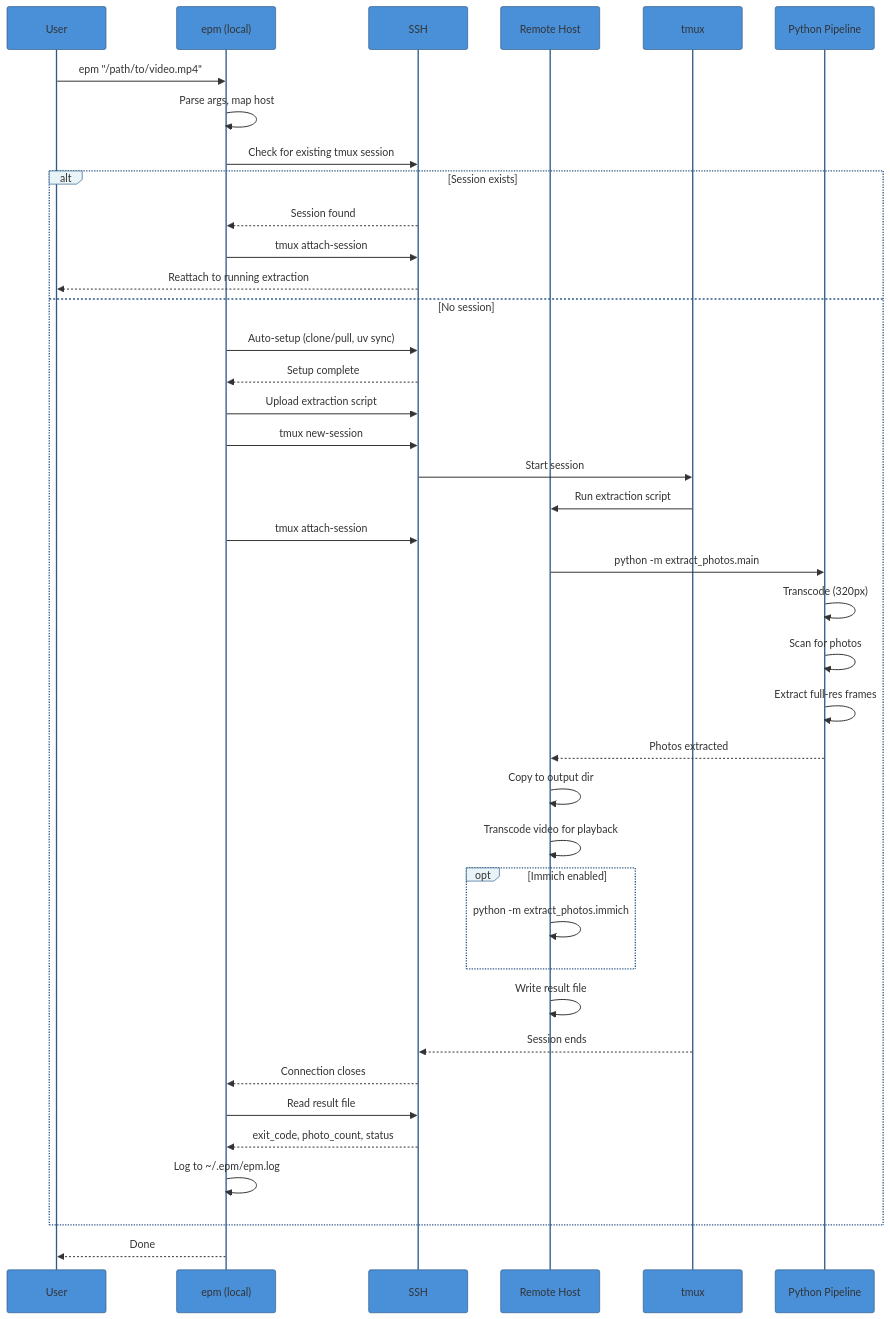
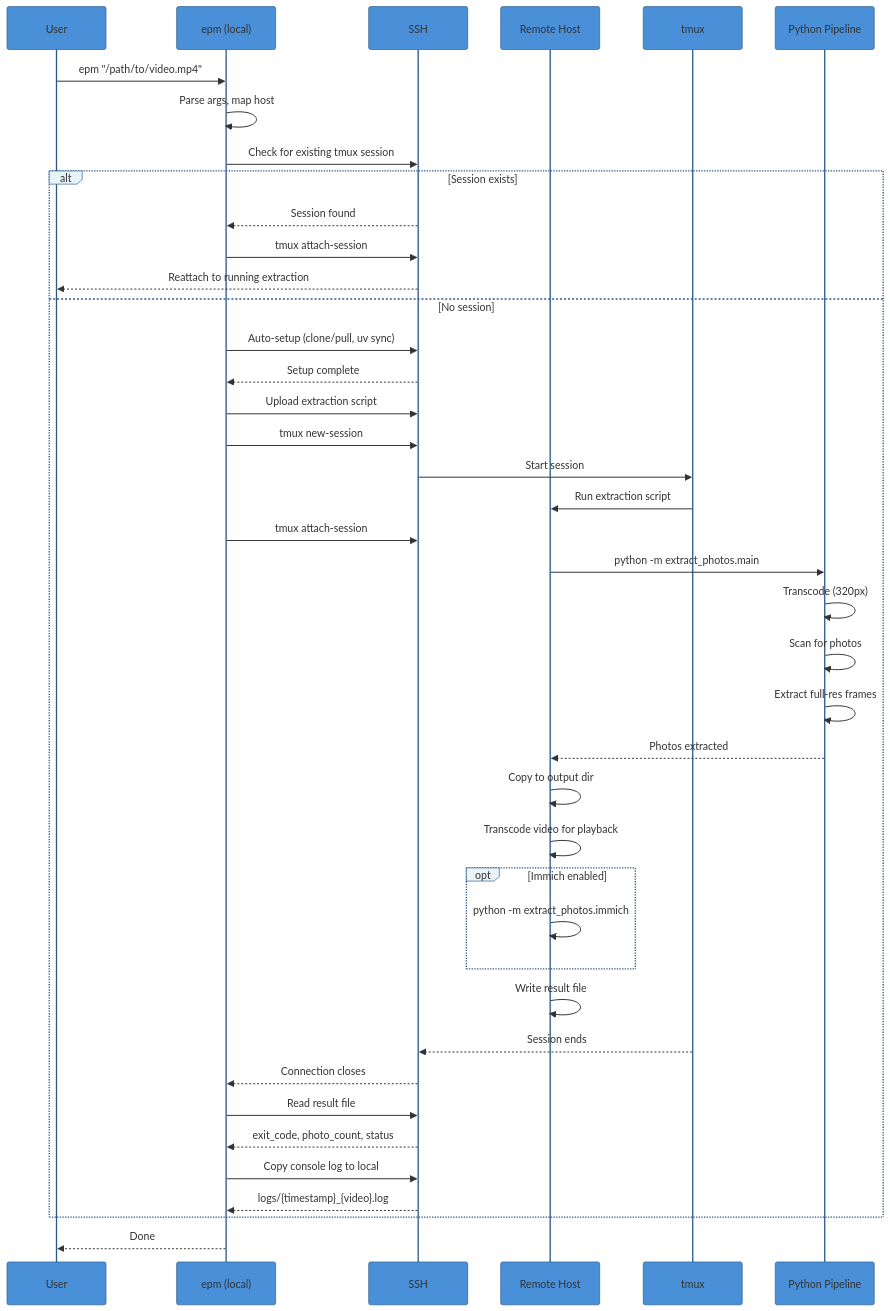
One commit to johnmathews/extract-photos-from-videos changed the diagram in docs/epm-sequence.md. Above: the diagram before and after it, drawn with Mermaid. The commit also changed 4 other files, not shown here.

First line of the commit message:
Simplify epm logging: copy console logs to local repo

````diff
--- a/docs/epm-sequence.md
+++ b/docs/epm-sequence.md
@@ -5,79 +5,80 @@
 ```mermaid
 %%{init: {
   'theme': 'base',
   'themeVariables': {
     'primaryColor': '#4a90d9',
     'primaryTextColor': '#333333',
     'secondaryColor': '#67b26f',
     'tertiaryColor': '#f5f5f5',
     'lineColor': '#333333',
     'textColor': '#333333',
     'fontSize': '14px',
     'actorTextColor': '#333333',
     'actorBkg': '#4a90d9',
     'actorBorder': '#2d5a87',
     'signalColor': '#333333',
     'signalTextColor': '#333333',
     'labelBoxBkgColor': '#e8f4f8',
     'labelTextColor': '#333333',
     'noteBkgColor': '#fff3cd',
     'noteTextColor': '#333333'
   },
   'sequence': {
     'actorFontSize': 14,
     'messageFontSize': 13,
     'noteFontSize': 12
   }
 }}%%
 sequenceDiagram
     participant User
     participant epm as epm (local)
     participant SSH
     participant Remote as Remote Host
     participant tmux
     participant Python as Python Pipeline
 
     User->>epm: epm "/path/to/video.mp4"
     epm->>epm: Parse args, map host
 
     epm->>SSH: Check for existing tmux session
 
     alt Session exists
         SSH-->>epm: Session found
         epm->>SSH: tmux attach-session
         SSH-->>User: Reattach to running extraction
     else No session
         epm->>SSH: Auto-setup (clone/pull, uv sync)
         SSH-->>epm: Setup complete
 
         epm->>SSH: Upload extraction script
         epm->>SSH: tmux new-session
         SSH->>tmux: Start session
         tmux->>Remote: Run extraction script
 
         epm->>SSH: tmux attach-session
 
         Remote->>Python: python -m extract_photos.main
         Python->>Python: Transcode (320px)
         Python->>Python: Scan for photos
         Python->>Python: Extract full-res frames
         Python-->>Remote: Photos extracted
 
         Remote->>Remote: Copy to output dir
         Remote->>Remote: Transcode video for playback
 
         opt Immich enabled
             Remote->>Remote: python -m extract_photos.immich
         end
 
         Remote->>Remote: Write result file
         tmux-->>SSH: Session ends
         SSH-->>epm: Connection closes
 
         epm->>SSH: Read result file
         SSH-->>epm: exit_code, photo_count, status
-        epm->>epm: Log to ~/.epm/epm.log
+        epm->>SSH: Copy console log to local
+        SSH-->>epm: logs/{timestamp}_{video}.log
     end
 
     epm-->>User: Done
 ```
````
